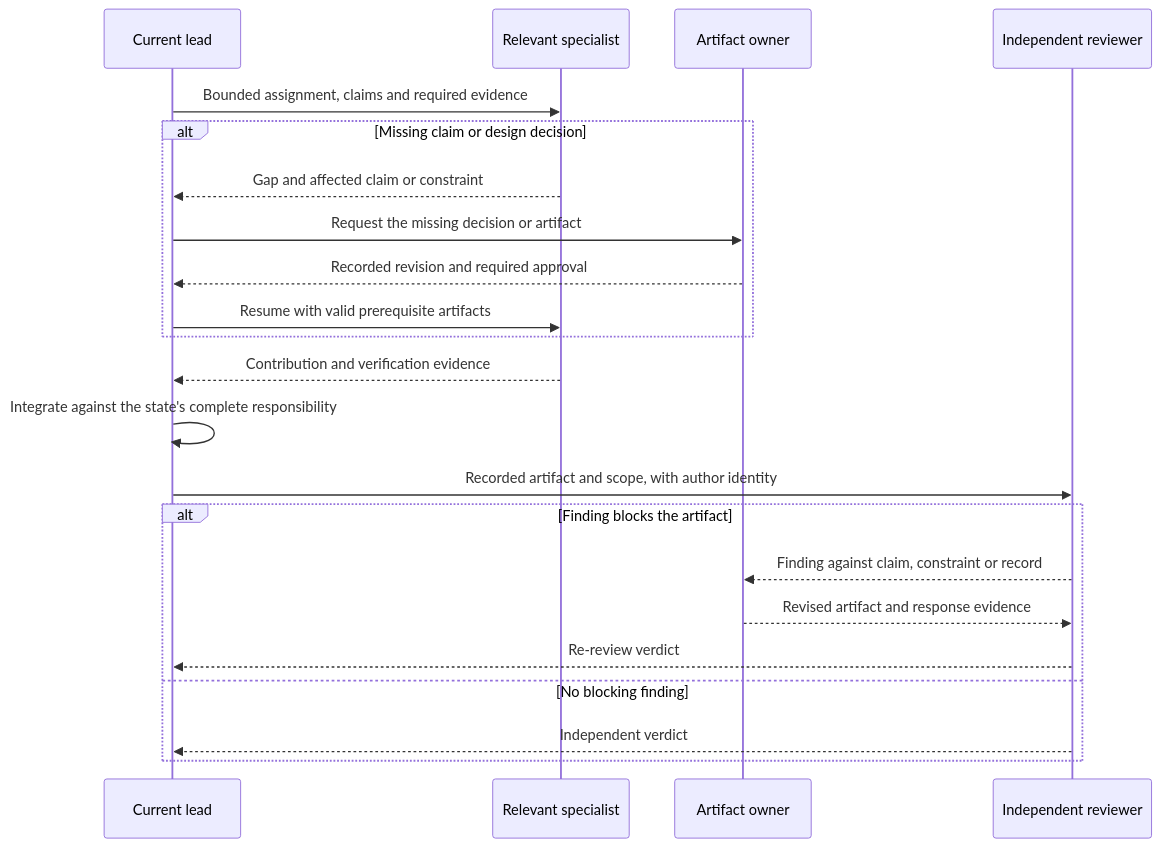
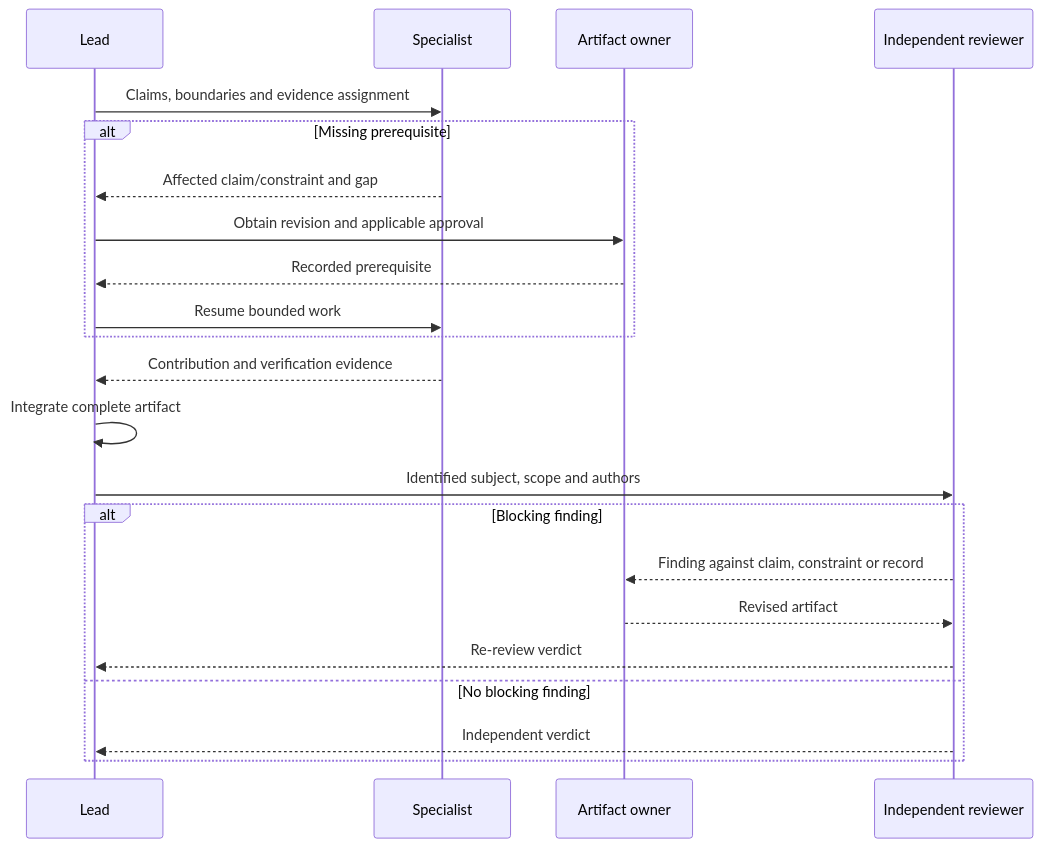
Before and after one commit to RLittlesII/agents: the third of 3 diagrams in agents/.spec/README.md, drawn with Mermaid. The commit also changed other lines of this file and 34 other files, not shown here.

````diff
--- a/agents/.spec/README.md
+++ b/agents/.spec/README.md
@@ -522,24 +390,24 @@
 ```mermaid
 sequenceDiagram
-    participant Lead as Current lead
-    participant Specialist as Relevant specialist
-    participant Owner as Artifact owner
-    participant Reviewer as Independent reviewer
-    Lead->>Specialist: Bounded assignment, claims and required evidence
-    alt Missing claim or design decision
-        Specialist-->>Lead: Gap and affected claim or constraint
-        Lead->>Owner: Request the missing decision or artifact
-        Owner-->>Lead: Recorded revision and required approval
-        Lead->>Specialist: Resume with valid prerequisite artifacts
-    end
-    Specialist-->>Lead: Contribution and verification evidence
-    Lead->>Lead: Integrate against the state's complete responsibility
-    Lead->>Reviewer: Recorded artifact and scope, with author identity
-    alt Finding blocks the artifact
-        Reviewer-->>Owner: Finding against claim, constraint or record
-        Owner-->>Reviewer: Revised artifact and response evidence
-        Reviewer-->>Lead: Re-review verdict
-    else No blocking finding
-        Reviewer-->>Lead: Independent verdict
-    end
+  participant Lead
+  participant Specialist
+  participant Owner as Artifact owner
+  participant Reviewer as Independent reviewer
+  Lead->>Specialist: Claims, boundaries and evidence assignment
+  alt Missing prerequisite
+    Specialist-->>Lead: Affected claim/constraint and gap
+    Lead->>Owner: Obtain revision and applicable approval
+    Owner-->>Lead: Recorded prerequisite
+    Lead->>Specialist: Resume bounded work
+  end
+  Specialist-->>Lead: Contribution and verification evidence
+  Lead->>Lead: Integrate complete artifact
+  Lead->>Reviewer: Identified subject, scope and authors
+  alt Blocking finding
+    Reviewer-->>Owner: Finding against claim, constraint or record
+    Owner-->>Reviewer: Revised artifact
+    Reviewer-->>Lead: Re-review verdict
+  else No blocking finding
+    Reviewer-->>Lead: Independent verdict
+  end
 ```
````
